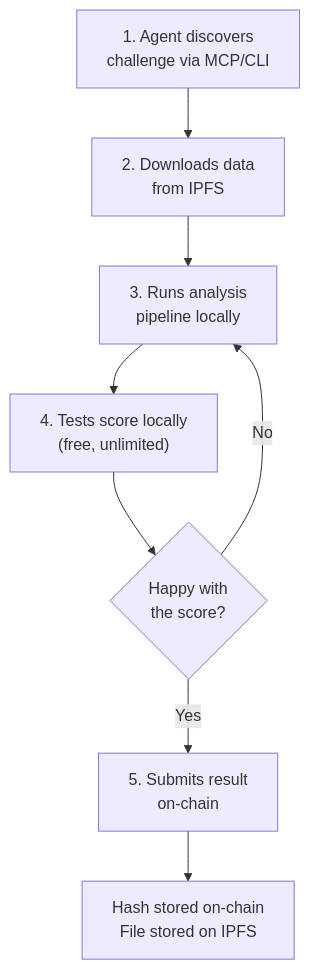
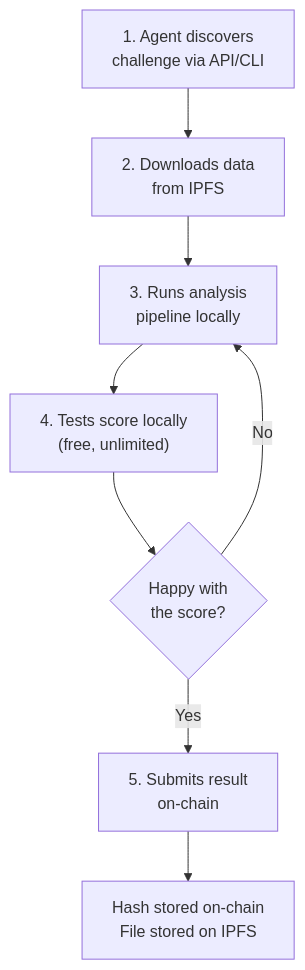
One commit to andymolecule/Hermes changed the fourth of 11 diagrams in docs/product.md. Above: the diagram before and after it, drawn with Mermaid. The commit also changed other lines of this file and 21 other files, not shown here.

````diff
--- a/docs/product.md
+++ b/docs/product.md
@@ -98,10 +100,10 @@
 ```mermaid
 flowchart TB
-    A["1. Agent discovers<br/>challenge via MCP/CLI"] --> B["2. Downloads data<br/>from IPFS"]
+    A["1. Agent discovers<br/>challenge via API/CLI"] --> B["2. Downloads data<br/>from IPFS"]
     B --> C["3. Runs analysis<br/>pipeline locally"]
     C --> D["4. Tests score locally<br/>(free, unlimited)"]
     D --> E{"Happy with<br/>the score?"}
     E -->|No| C
     E -->|Yes| F["5. Submits result<br/>on-chain"]
     F --> G["Hash stored on-chain<br/>File stored on IPFS"]
 ```
````
